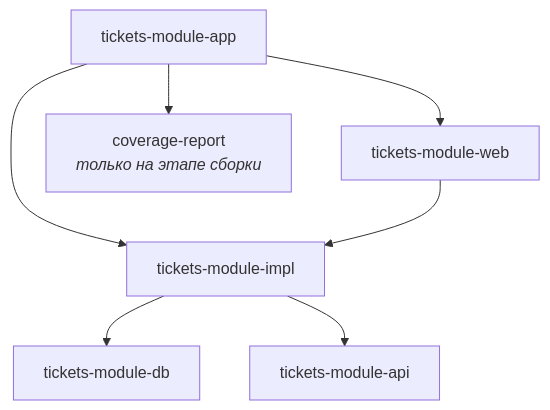
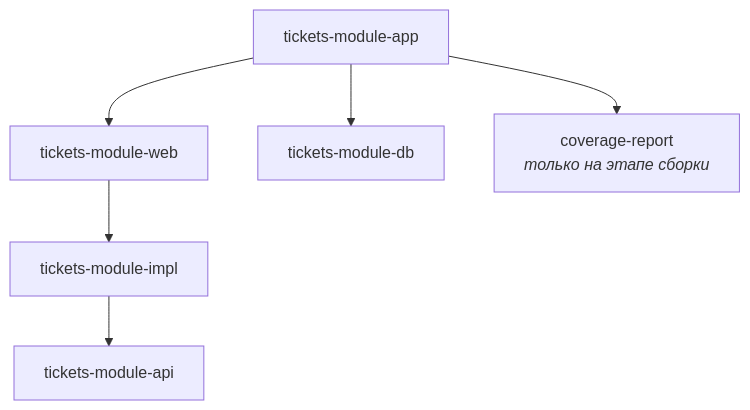
One commit to SokolovAndr/tickets-module changed the diagram in README.md. Above: the diagram before and after it, drawn with Mermaid. The commit also changed other lines of this file, not shown here.

````diff
--- a/README.md
+++ b/README.md
@@ -28,9 +28,8 @@
 ```mermaid
 graph TD
-    APP[tickets-module-app] --> IMPL[tickets-module-impl]
-    APP --> WEB[tickets-module-web]
+    APP[tickets-module-app] --> WEB[tickets-module-web]
+    APP --> DB[tickets-module-db]
     APP --> COV[coverage-report<br/><i>только на этапе сборки</i>]
-    IMPL --> DB[tickets-module-db]
+    WEB --> IMPL[tickets-module-impl]
     IMPL --> API[tickets-module-api]
-    WEB --> IMPL
 ```
````
